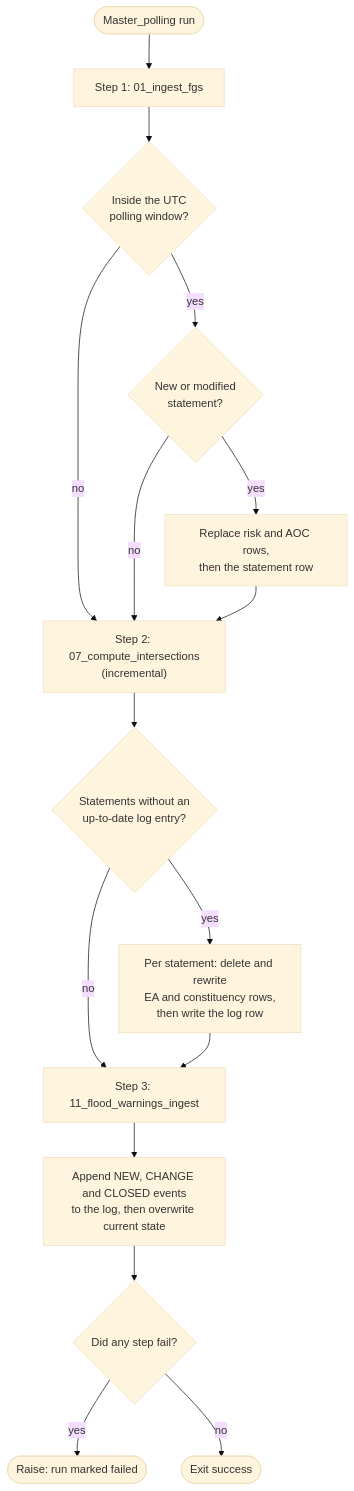
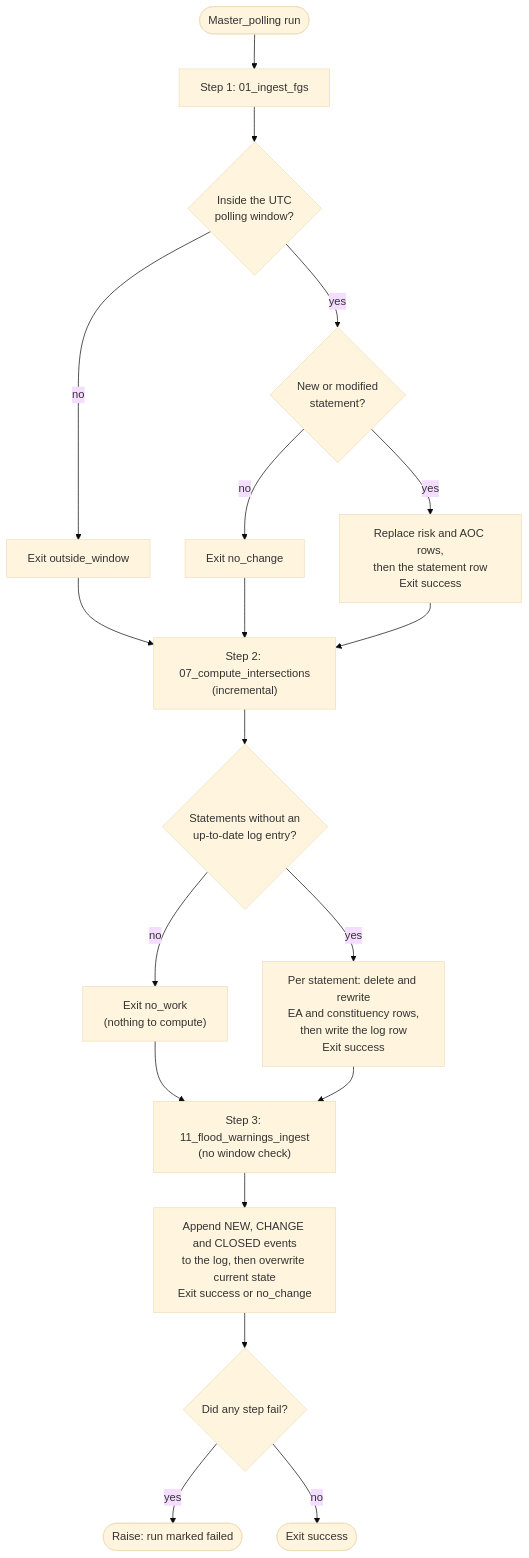
One commit to JonPayneEA/FGS_Notebooks changed the second of 5 diagrams in README.md. Above: the diagram before and after it, drawn with Mermaid (base theme). The commit also changed other lines of this file, not shown here.

Commit message:
Show exit values (no_work, no_change, outside_window) in polling diagram
Claude-Session: https://claude.ai/code/session_01CbUZrDHFZHxPZYSm56Eree

````diff
--- a/README.md
+++ b/README.md
@@ -130,18 +132,21 @@
 ```mermaid
 flowchart TD
     start(["Master_polling run"]) --> S1["Step 1: 01_ingest_fgs"]
     S1 --> D0{"Inside the UTC<br/>polling window?"}
-    D0 -- no --> S2
+    D0 -- no --> X0["Exit outside_window"]
     D0 -- yes --> D1{"New or modified<br/>statement?"}
-    D1 -- no --> S2
-    D1 -- yes --> W1["Replace risk and AOC rows,<br/>then the statement row"]
+    D1 -- no --> X1["Exit no_change"]
+    D1 -- yes --> W1["Replace risk and AOC rows,<br/>then the statement row<br/>Exit success"]
+    X0 --> S2
+    X1 --> S2
     W1 --> S2["Step 2: 07_compute_intersections<br/>(incremental)"]
     S2 --> D2{"Statements without an<br/>up-to-date log entry?"}
-    D2 -- no --> S3
-    D2 -- yes --> W2["Per statement: delete and rewrite<br/>EA and constituency rows,<br/>then write the log row"]
-    W2 --> S3["Step 3: 11_flood_warnings_ingest"]
-    S3 --> W3["Append NEW, CHANGE and CLOSED events<br/>to the log, then overwrite current state"]
+    D2 -- no --> X2["Exit no_work<br/>(nothing to compute)"]
+    D2 -- yes --> W2["Per statement: delete and rewrite<br/>EA and constituency rows,<br/>then write the log row<br/>Exit success"]
+    X2 --> S3
+    W2 --> S3["Step 3: 11_flood_warnings_ingest<br/>(no window check)"]
+    S3 --> W3["Append NEW, CHANGE and CLOSED events<br/>to the log, then overwrite current state<br/>Exit success or no_change"]
     W3 --> D3{"Did any step fail?"}
     D3 -- yes --> F(["Raise: run marked failed"])
     D3 -- no --> OK(["Exit success"])
 ```
````
